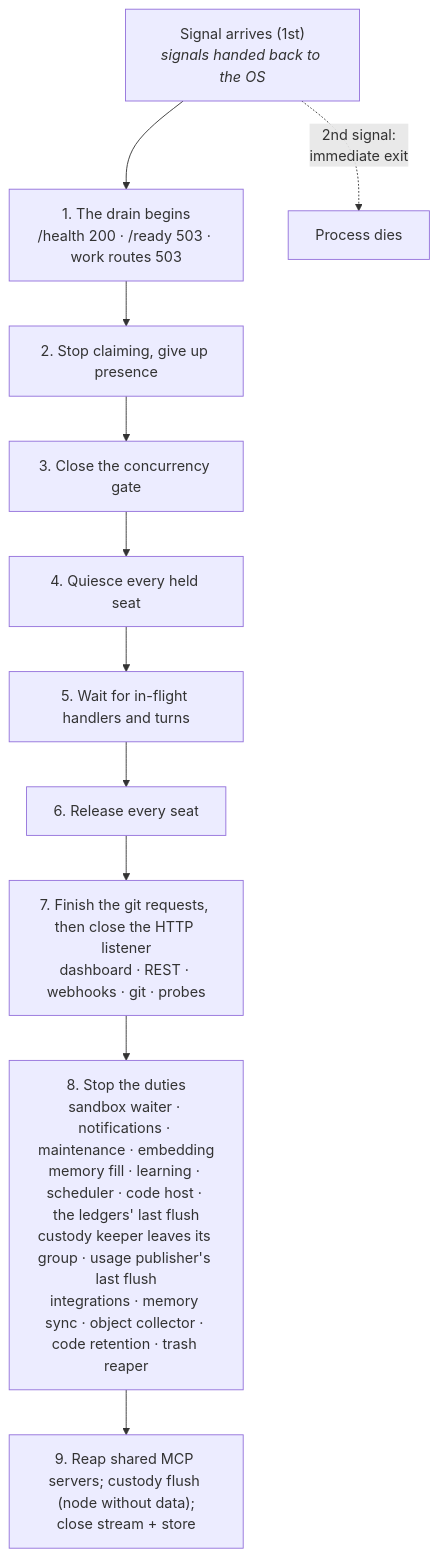
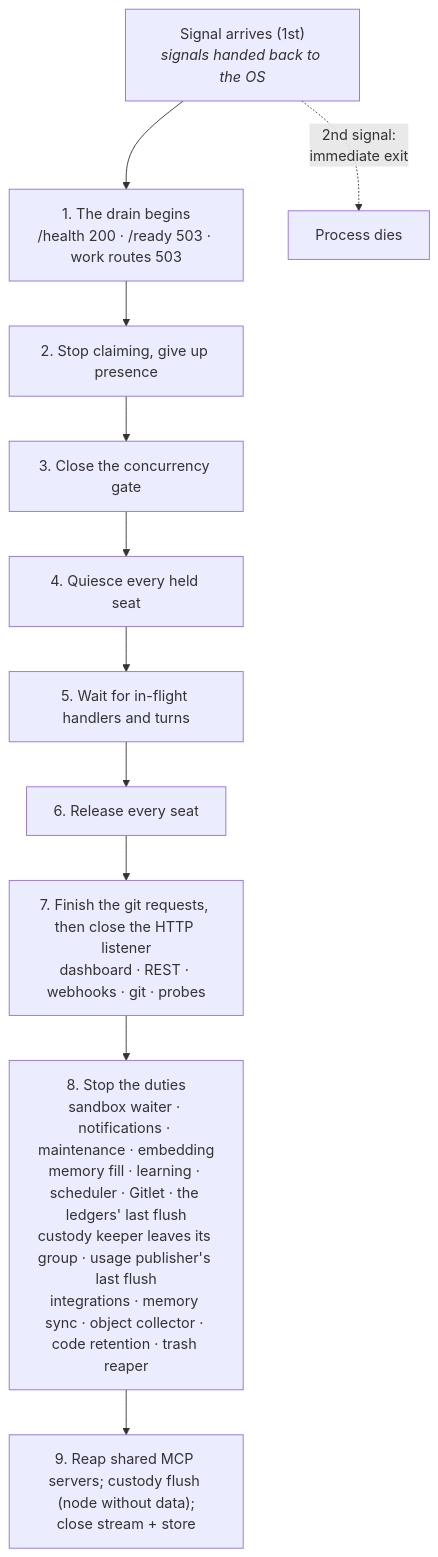
Before and after one commit to crewlet/crewlet: the fifth of 5 diagrams in docs/concepts/agent-runtime.md, drawn with Mermaid. The commit also changed other lines of this file and 1020 other files, not shown here.

````diff
--- a/docs/concepts/agent-runtime.md
+++ b/docs/concepts/agent-runtime.md
@@ -612,14 +612,14 @@
 ```mermaid
 flowchart TD
     SIG["Signal arrives (1st)<br/><i>signals handed back to the OS</i>"] --> S1
     S1["1. The drain begins<br/>/health 200 · /ready 503 · work routes 503"] --> S2
     S2["2. Stop claiming, give up presence"] --> S3
     S3["3. Close the concurrency gate"] --> S4
     S4["4. Quiesce every held seat"] --> S5
     S5["5. Wait for in-flight handlers and turns"] --> S6
     S6["6. Release every seat"] --> S7
     S7["7. Finish the git requests, then close the HTTP listener<br/>dashboard · REST · webhooks · git · probes"] --> S8
-    S8["8. Stop the duties<br/>sandbox waiter · notifications · maintenance · embedding<br/>memory fill · learning · scheduler · code host · the ledgers' last flush<br/>custody keeper leaves its group · usage publisher's last flush<br/>integrations · memory sync · object collector · code retention · trash reaper"] --> S9
+    S8["8. Stop the duties<br/>sandbox waiter · notifications · maintenance · embedding<br/>memory fill · learning · scheduler · Gitlet · the ledgers' last flush<br/>custody keeper leaves its group · usage publisher's last flush<br/>integrations · memory sync · object collector · code retention · trash reaper"] --> S9
     S9["9. Reap shared MCP servers; custody flush (node without data);<br/>close stream + store"]
     SIG -.->|"2nd signal:<br/>immediate exit"| X["Process dies"]
 ```
````
